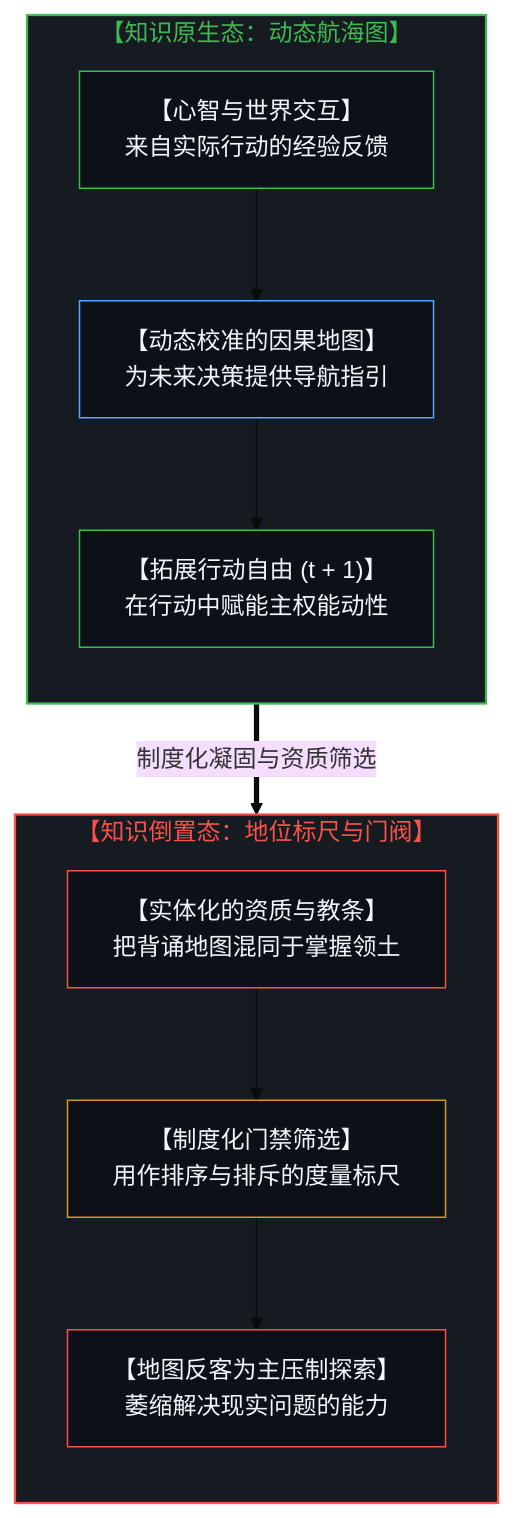
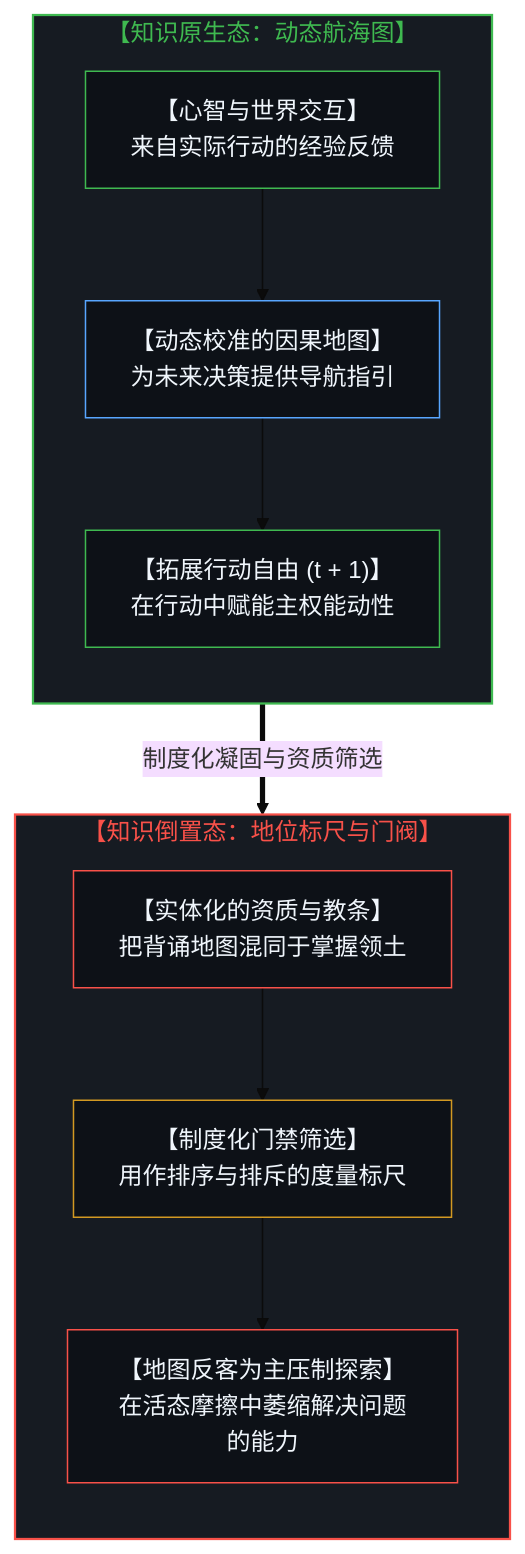
One commit to powerpig99/not-a-toe changed the seventh of 16 diagrams in content/posts/the-dissolution-of-the-great-reversal.md. Above: the diagram before and after it, drawn with Mermaid (base theme). The commit also changed other lines of this file and 2 other files, not shown here.

````diff
--- a/content/posts/the-dissolution-of-the-great-reversal.md
+++ b/content/posts/the-dissolution-of-the-great-reversal.md
@@ -253,28 +253,28 @@
 ```mermaid
 flowchart TD
     subgraph S_OriginMap["【知识原生态：动态航海图】"]
         direction TB
         MindWorldInteraction["【心智与世界交互】<br/>来自实际行动的经验反馈"]
         DynamicNavMap["【动态校准的因果地图】<br/>为未来决策提供导航指引"]
         ExpandingFreedom["【拓展行动自由 (t + 1)】<br/>在行动中赋能主权能动性"]
         MindWorldInteraction --> DynamicNavMap
         DynamicNavMap --> ExpandingFreedom
     end
     S_OriginMap ==>|"制度化凝固与资质筛选"| S_InvertedHierarchy
     subgraph S_InvertedHierarchy["【知识倒置态：地位标尺与门阀】"]
         direction TB
         ReifiedCredentials["【实体化的资质与教条】<br/>把背诵地图混同于掌握领土"]
         InstitutionalRanking["【制度化门禁筛选】<br/>用作排序与排斥的度量标尺"]
-        DogmaticStagnation["【地图反客为主压制探索】<br/>萎缩解决现实问题的能力"]
+        DogmaticStagnation["【地图反客为主压制探索】<br/>在活态摩擦中萎缩解决问题的能力"]
         ReifiedCredentials --> InstitutionalRanking
         InstitutionalRanking --> DogmaticStagnation
     end
     style S_OriginMap fill:#161b22,stroke:#3fb950,stroke-width:1.5px,color:#3fb950
     style S_InvertedHierarchy fill:#161b22,stroke:#f85149,stroke-width:1.5px,color:#f85149
     style MindWorldInteraction fill:#0d1117,stroke:#3fb950,stroke-width:1px,color:#f0f6fc
     style DynamicNavMap fill:#0d1117,stroke:#58a6ff,stroke-width:1px,color:#f0f6fc
     style ExpandingFreedom fill:#0d1117,stroke:#3fb950,stroke-width:1px,color:#f0f6fc
     style ReifiedCredentials fill:#0d1117,stroke:#f85149,stroke-width:1px,color:#f0f6fc
     style InstitutionalRanking fill:#0d1117,stroke:#d29922,stroke-width:1px,color:#f0f6fc
     style DogmaticStagnation fill:#0d1117,stroke:#f85149,stroke-width:1px,color:#f0f6fc
 ```
````
